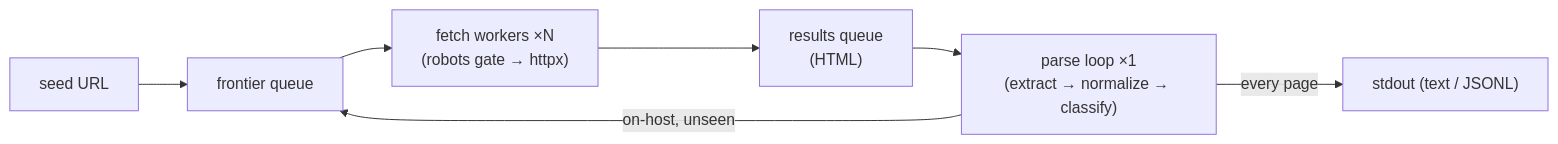
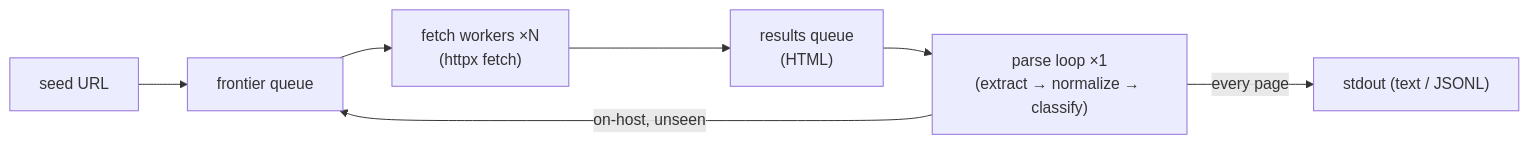
Before and after one commit to Zegocover/engineer-hiring-tech-exercise: the second of 2 diagrams in python/README.md, drawn with Mermaid. The commit also changed other lines of this file, not shown here.

````diff
--- a/python/README.md
+++ b/python/README.md
@@ -97,9 +99,9 @@
 ```mermaid
 flowchart LR
     seed["seed URL"] --> FR["frontier queue"]
-    FR --> FW["fetch workers ×N<br/>(robots gate → httpx)"]
+    FR --> FW["fetch workers ×N<br/>(httpx fetch)"]
     FW --> RQ["results queue<br/>(HTML)"]
     RQ --> PL["parse loop ×1<br/>(extract → normalize → classify)"]
     PL -->|on-host, unseen| FR
     PL -->|every page| OUT["stdout (text / JSONL)"]
 ```
````
